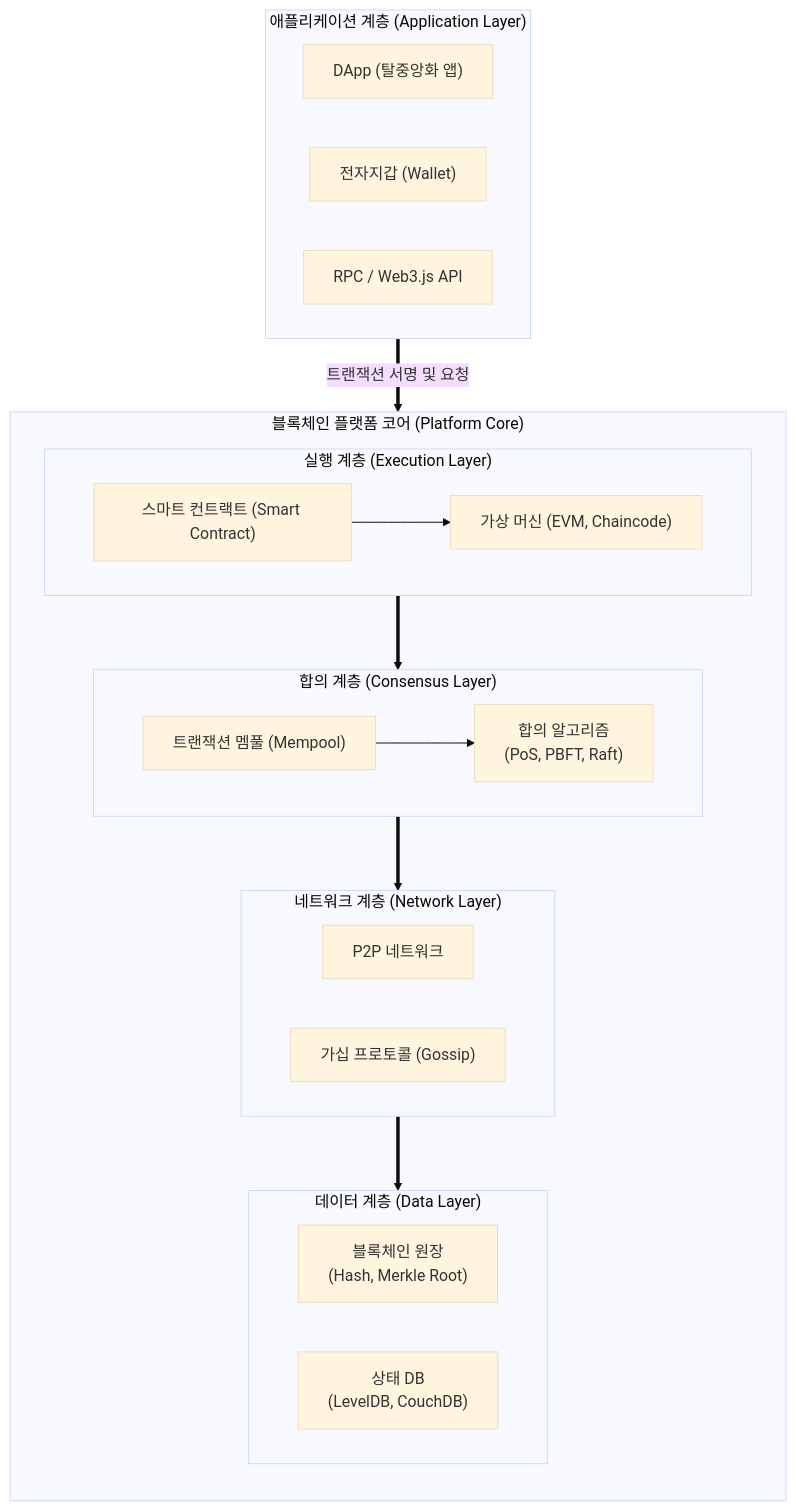
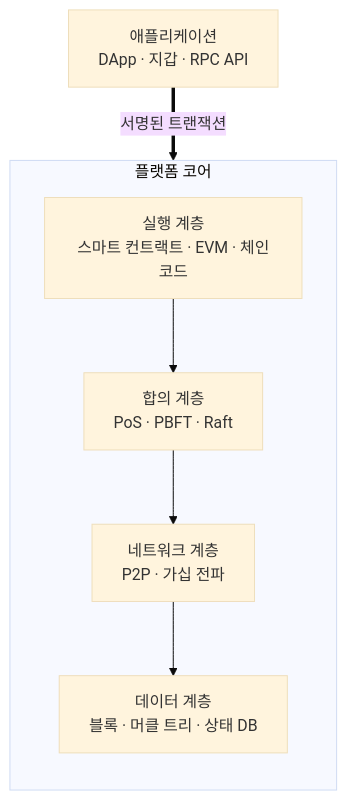
The diagram in content/01_IT Tech/블록체인 플랫폼.md (supremethumb/supremethumb.github.io), drawn with Mermaid (base theme) before and after one commit. The commit also changed other lines of this file and 1087 other files, not shown here.

````diff
--- a/content/01_IT Tech/블록체인 플랫폼.md
+++ b/content/01_IT Tech/블록체인 플랫폼.md
@@ -28,41 +33,12 @@
 ```mermaid
 flowchart TB
-    subgraph Application_Layer["애플리케이션 계층 (Application Layer)"]
-        DApp["DApp (탈중앙화 앱)"]
-        Wallet["전자지갑 (Wallet)"]
-        RPC["RPC / Web3.js API"]
+    APP["애플리케이션<br/>DApp · 지갑 · RPC API"] ==>|"서명된 트랜잭션"| EXE
+    subgraph CORE["플랫폼 코어"]
+        direction TB
+        EXE["실행 계층<br/>스마트 컨트랙트 · EVM · 체인코드"]
+        CON["합의 계층<br/>PoS · PBFT · Raft"]
+        NET["네트워크 계층<br/>P2P · 가십 전파"]
+        DATA["데이터 계층<br/>블록 · 머클 트리 · 상태 DB"]
+        EXE --> CON --> NET --> DATA
     end
-
-    subgraph Platform_Layer["블록체인 플랫폼 코어 (Platform Core)"]
-        direction TB
-        
-        subgraph Contract_Layer["실행 계층 (Execution Layer)"]
-            SC["스마트 컨트랙트 (Smart Contract)"]
-            VM["가상 머신 (EVM, Chaincode)"]
-            SC --> VM
-        end
-        
-        subgraph Consensus_Layer["합의 계층 (Consensus Layer)"]
-            Algorithm["합의 알고리즘<br/>(PoS, PBFT, Raft)"]
-            Mempool["트랜잭션 멤풀 (Mempool)"]
-            Mempool --> Algorithm
-        end
-        
-        subgraph Network_Layer["네트워크 계층 (Network Layer)"]
-            P2P["P2P 네트워크"]
-            Gossip["가십 프로토콜 (Gossip)"]
-        end
-        
-        subgraph Data_Layer["데이터 계층 (Data Layer)"]
-            Block["블록체인 원장<br/>(Hash, Merkle Root)"]
-            StateDB["상태 DB<br/>(LevelDB, CouchDB)"]
-        end
-
-        Contract_Layer ==> Consensus_Layer
-        Consensus_Layer ==> Network_Layer
-        Network_Layer ==> Data_Layer
-    end
-
-    Application_Layer == "트랜잭션 서명 및 요청" ==> Platform_Layer
-
 ```
````
